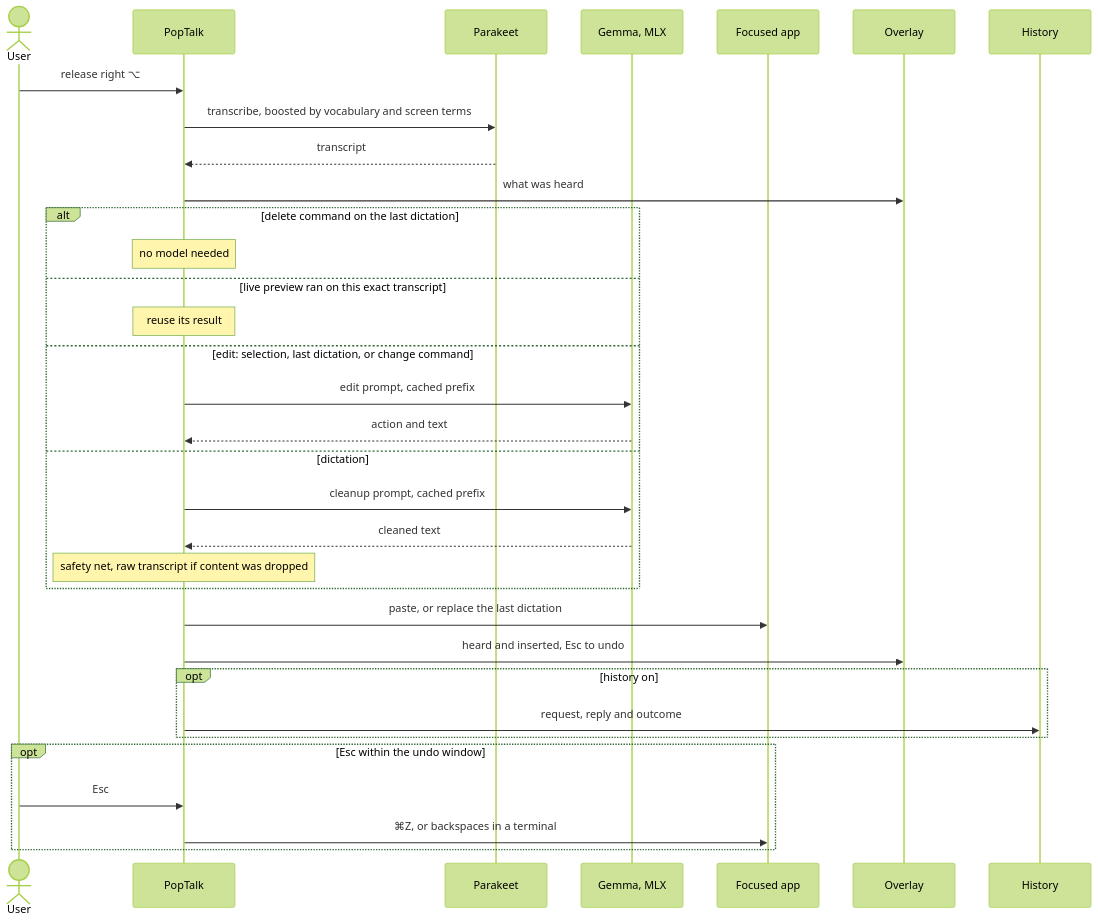
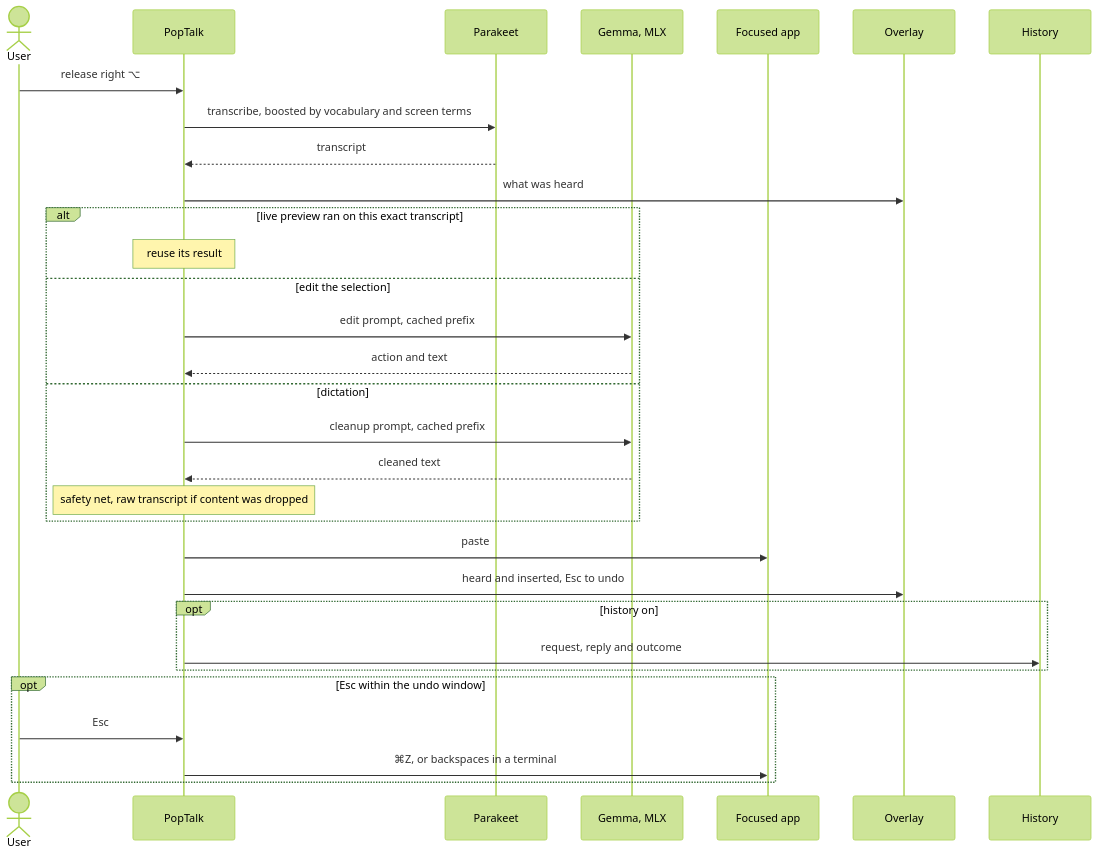
One commit to thirteen37/PopTalk changed the fourth of 4 diagrams in README.md. Above: the diagram before and after it, drawn with Mermaid (forest theme). The commit also changed other lines of this file and 8 other files, not shown here.

First line of the commit message:
refactor!: remove voice commands and tap-then-hold edits on the last dictation (#85)

````diff
--- a/README.md
+++ b/README.md
@@ -150,36 +111,34 @@
 ```mermaid
 sequenceDiagram
     actor User
     participant App as PopTalk
     participant ASR as Parakeet
     participant LLM as Gemma, MLX
     participant Field as Focused app
     participant Overlay
     participant History
 
     User->>App: release right ⌥
     App->>ASR: transcribe, boosted by vocabulary and screen terms
     ASR-->>App: transcript
     App->>Overlay: what was heard
-    alt delete command on the last dictation
-        Note over App: no model needed
-    else live preview ran on this exact transcript
+    alt live preview ran on this exact transcript
         Note over App: reuse its result
-    else edit: selection, last dictation, or change command
+    else edit the selection
         App->>LLM: edit prompt, cached prefix
         LLM-->>App: action and text
     else dictation
         App->>LLM: cleanup prompt, cached prefix
         LLM-->>App: cleaned text
         Note over App: safety net, raw transcript if content was dropped
     end
-    App->>Field: paste, or replace the last dictation
+    App->>Field: paste
     App->>Overlay: heard and inserted, Esc to undo
     opt history on
         App->>History: request, reply and outcome
     end
     opt Esc within the undo window
         User->>App: Esc
         App->>Field: ⌘Z, or backspaces in a terminal
     end
 ```
````
